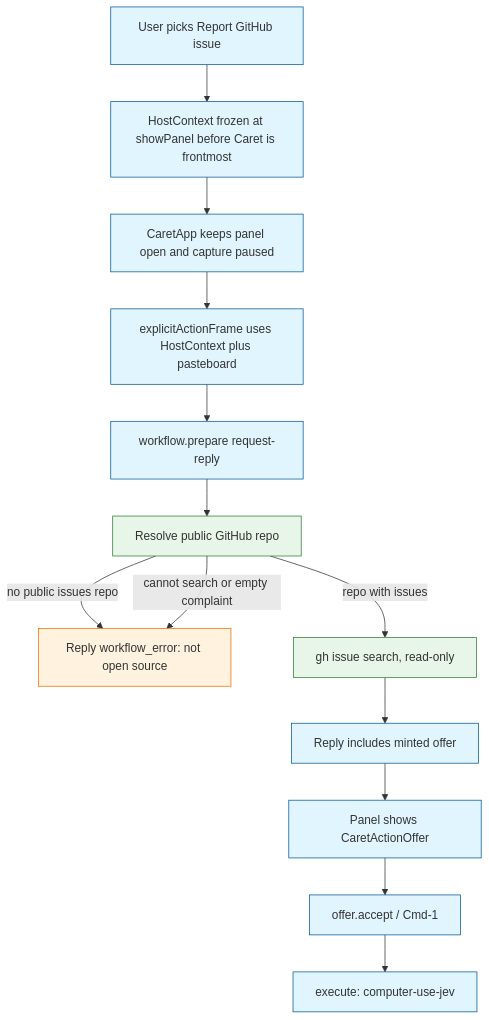
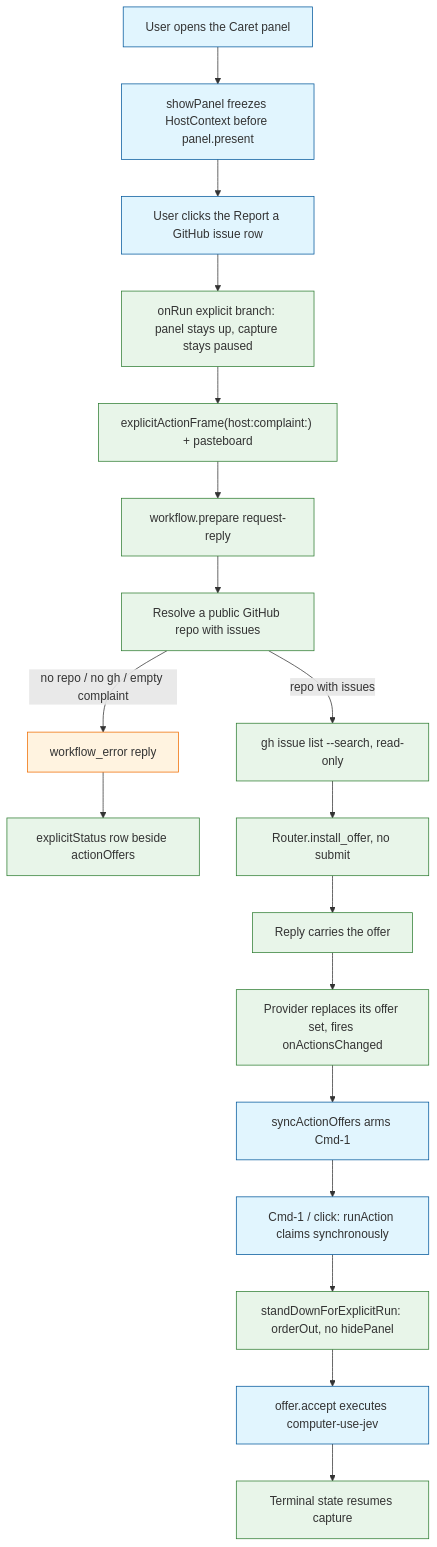
Before and after one commit to theodorexli/Caret: the first of 2 diagrams in memory-bank/active/tasks.md, drawn with Mermaid. The commit also changed other lines of this file and 3 other files, not shown here.

````diff
--- a/memory-bank/active/tasks.md
+++ b/memory-bank/active/tasks.md
@@ -15,19 +17,24 @@
 ```mermaid
 flowchart TD
     classDef existing fill:#e1f5fe,stroke:#01579b
     classDef local fill:#e8f5e9,stroke:#2e7d32
     classDef fail fill:#fff3e0,stroke:#ef6c00
 
-    Invoke["User picks Report GitHub issue"]:::existing --> Host["HostContext frozen at showPanel before Caret is frontmost"]:::existing
-    Host --> Stay["CaretApp keeps panel open and capture paused"]:::existing
-    Stay --> Frame["explicitActionFrame uses HostContext plus pasteboard"]:::existing
-    Frame --> Prepare["workflow.prepare request-reply"]:::existing
-    Prepare --> Resolve["Resolve public GitHub repo"]:::local
-    Resolve -->|"no public issues repo"| OssFail["Reply workflow_error: not open source"]:::fail
-    Resolve -->|"cannot search or empty complaint"| OssFail
-    Resolve -->|"repo with issues"| Search["gh issue search, read-only"]:::local
-    Search --> Reply["Reply includes minted offer"]:::existing
-    Reply --> Show["Panel shows CaretActionOffer"]:::existing
-    Show --> Accept["offer.accept / Cmd-1"]:::existing
-    Accept --> Jev["execute: computer-use-jev"]:::existing
+    Open["User opens the Caret panel"]:::existing --> Host["showPanel freezes HostContext before panel.present"]:::existing
+    Host --> Pick["User clicks the Report a GitHub issue row"]:::existing
+    Pick --> Stay["onRun explicit branch: panel stays up, capture stays paused"]:::local
+    Stay --> Frame["explicitActionFrame(host:complaint:) + pasteboard"]:::local
+    Frame --> Prepare["workflow.prepare request-reply"]:::local
+    Prepare --> Resolve["Resolve a public GitHub repo with issues"]:::local
+    Resolve -->|"no repo / no gh / empty complaint"| Fail["workflow_error reply"]:::fail
+    Fail --> Row["explicitStatus row beside actionOffers"]:::local
+    Resolve -->|"repo with issues"| Search["gh issue list --search, read-only"]:::local
+    Search --> Install["Router.install_offer, no submit"]:::local
+    Install --> Reply["Reply carries the offer"]:::local
+    Reply --> Sync["Provider replaces its offer set, fires onActionsChanged"]:::local
+    Sync --> Arm["syncActionOffers arms Cmd-1"]:::existing
+    Arm --> Accept["Cmd-1 / click: runAction claims synchronously"]:::existing
+    Accept --> Down["standDownForExplicitRun: orderOut, no hidePanel"]:::local
+    Down --> Jev["offer.accept executes computer-use-jev"]:::existing
+    Jev --> Resume["Terminal state resumes capture"]:::local
 ```
````
